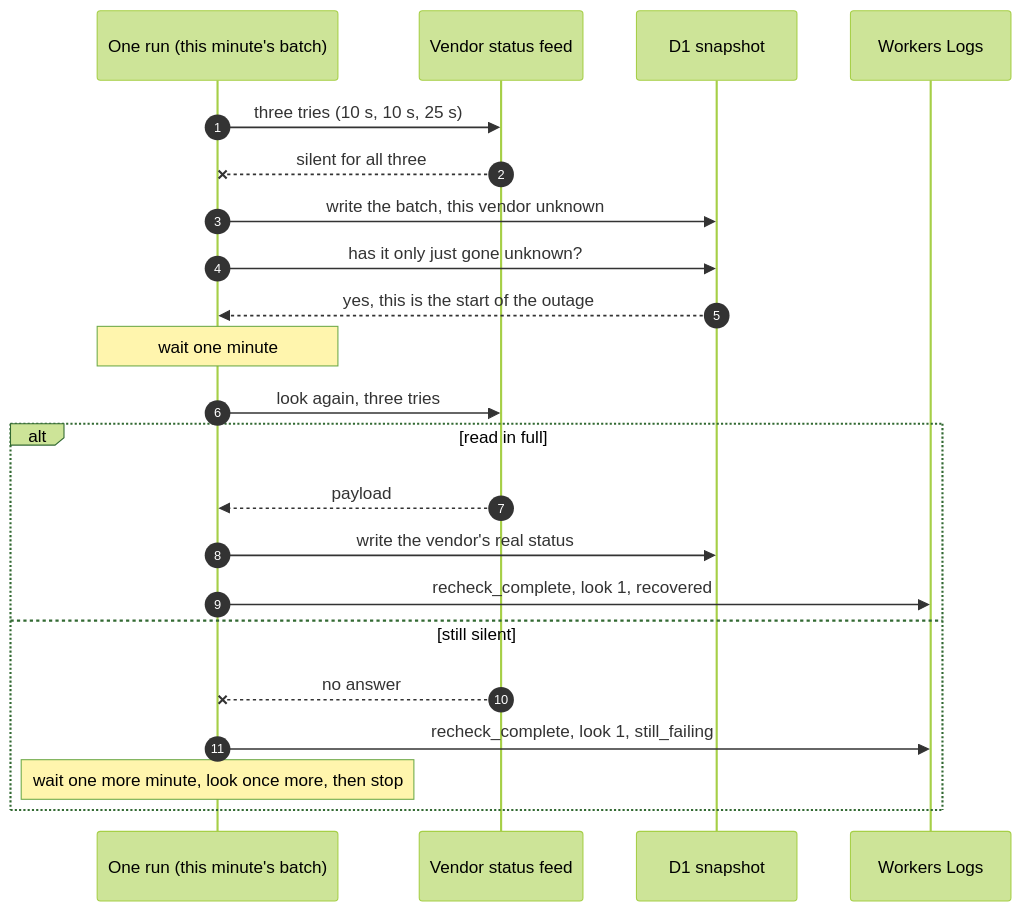
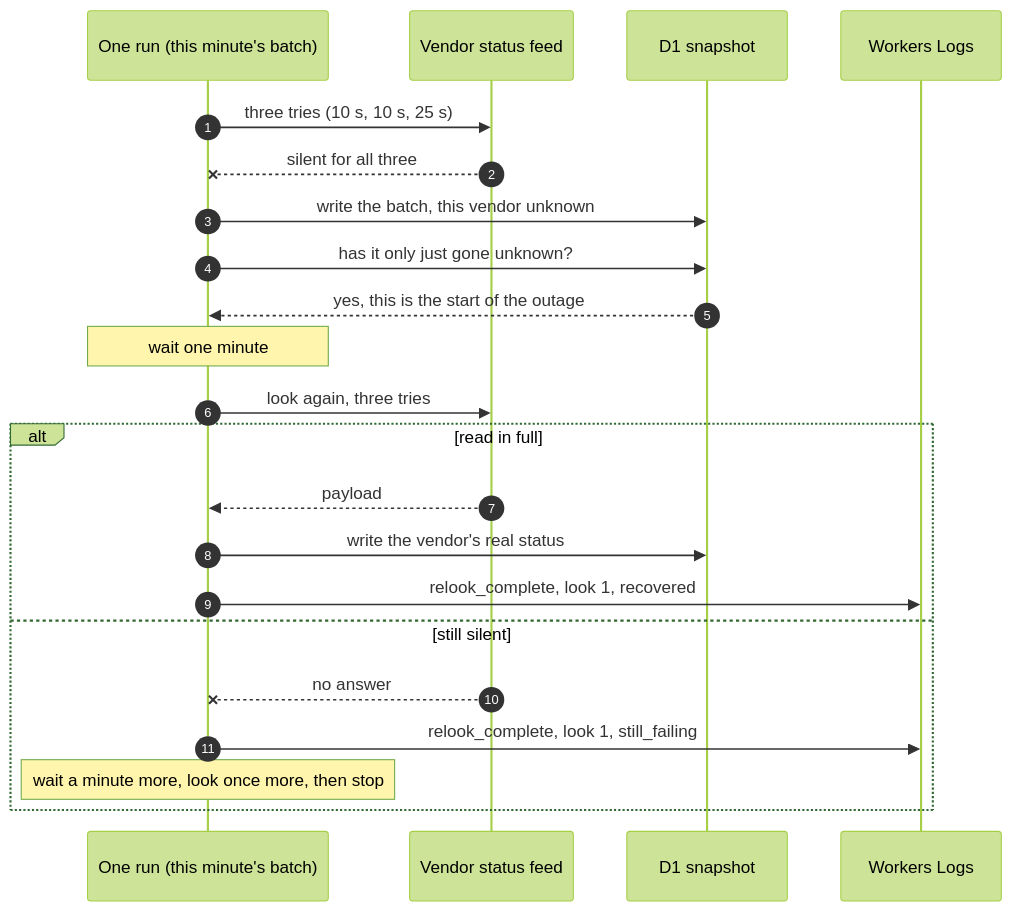
Before and after one commit to bjgreenberg/vendor-dashboard: the third of 4 diagrams in README.md, drawn with Mermaid (forest theme). The commit also changed other lines of this file and 5 other files, not shown here.

````diff
--- a/README.md
+++ b/README.md
@@ -195,25 +195,25 @@
 ```mermaid
 sequenceDiagram
     autonumber
     participant R as One run (this minute's batch)
     participant V as Vendor status feed
     participant D as D1 snapshot
     participant L as Workers Logs
 
     R->>V: three tries (10 s, 10 s, 25 s)
     V--xR: silent for all three
     R->>D: write the batch, this vendor unknown
     R->>D: has it only just gone unknown?
     D-->>R: yes, this is the start of the outage
     Note over R: wait one minute
     R->>V: look again, three tries
     alt read in full
         V-->>R: payload
         R->>D: write the vendor's real status
-        R->>L: recheck_complete, look 1, recovered
+        R->>L: relook_complete, look 1, recovered
     else still silent
         V--xR: no answer
-        R->>L: recheck_complete, look 1, still_failing
-        Note over R: wait one more minute, look once more, then stop
+        R->>L: relook_complete, look 1, still_failing
+        Note over R: wait a minute more, look once more, then stop
     end
 ```
````
